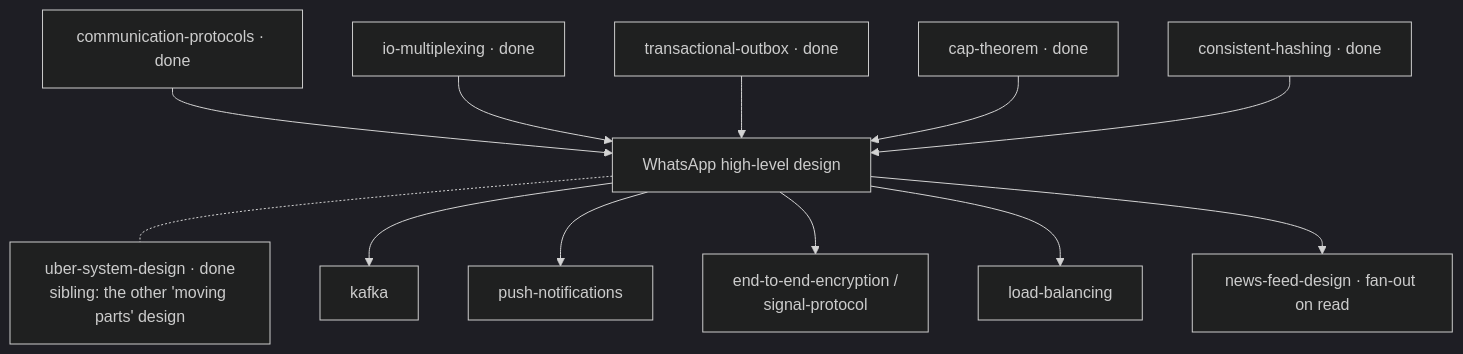
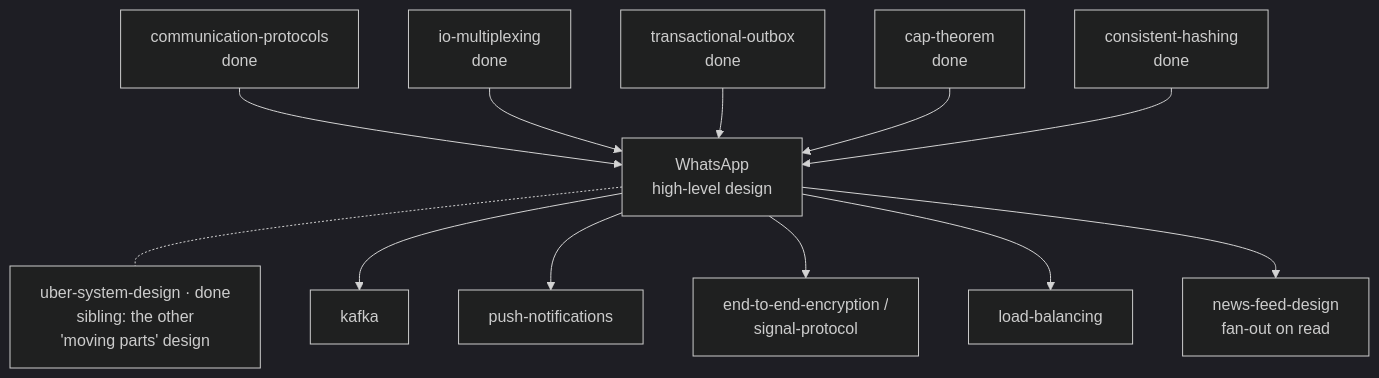
One commit to ravivarmachaluvadi/Learning changed the fourth of 4 diagrams in 69-whatsapp-system-design/README.md. Above: the diagram before and after it, drawn with Mermaid (dark theme). The commit also changed other lines of this file and 1 other file, not shown here.

First line of the commit message:
Rewrite whatsapp-system-design for delivery

````diff
--- a/69-whatsapp-system-design/README.md
+++ b/69-whatsapp-system-design/README.md
@@ -1261,15 +1654,15 @@
 ```mermaid
 flowchart TD
-    CP["communication-protocols · done"] --> WA
-    IO["io-multiplexing · done"] --> WA
-    TO["transactional-outbox · done"] --> WA
-    CAP["cap-theorem · done"] --> WA
-    CH["consistent-hashing · done"] --> WA
-    WA["WhatsApp high-level design"]
-    WA -.- UB["uber-system-design · done<br/>sibling: the other 'moving parts' design"]
+    CP["communication-protocols<br>done"] --> WA
+    IO["io-multiplexing<br>done"] --> WA
+    TO["transactional-outbox<br>done"] --> WA
+    CAP["cap-theorem<br>done"] --> WA
+    CH["consistent-hashing<br>done"] --> WA
+    WA["WhatsApp<br>high-level design"]
+    WA -.- UB["uber-system-design · done<br>sibling: the other<br>'moving parts' design"]
     WA --> KAFKA["kafka"]
     WA --> PN["push-notifications"]
-    WA --> E2E["end-to-end-encryption /<br/>signal-protocol"]
+    WA --> E2E["end-to-end-encryption /<br>signal-protocol"]
     WA --> LB["load-balancing"]
-    WA --> NF["news-feed-design · fan-out on read"]
+    WA --> NF["news-feed-design<br>fan-out on read"]
 ```
````
